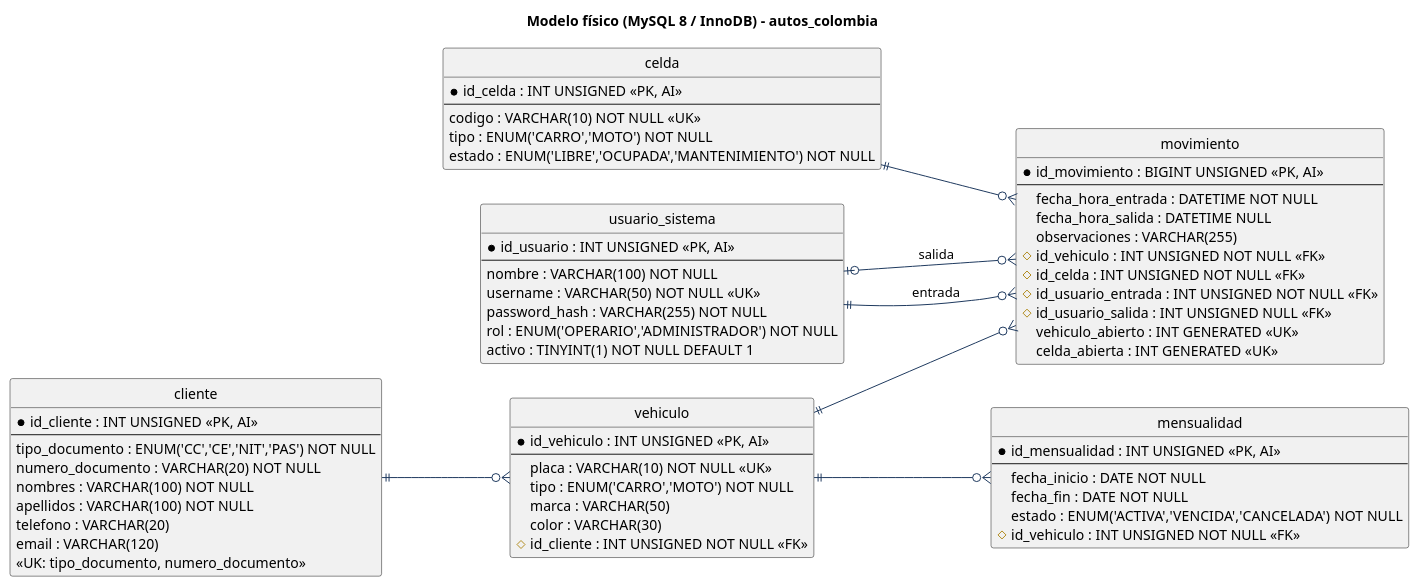
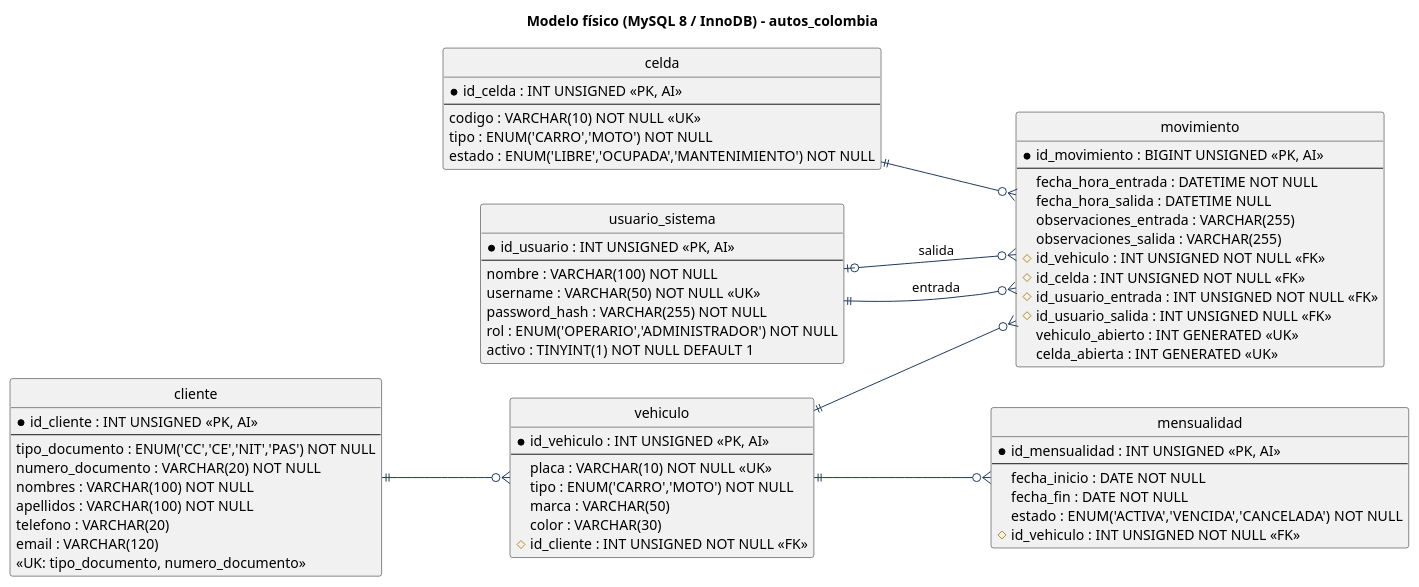
The diagram in diagrams/07_fisico.puml (Im-Luis-SS/autos-colombia), drawn with PlantUML before and after one commit. The commit also changed 18 other files, not shown here.

```diff
--- a/diagrams/07_fisico.puml
+++ b/diagrams/07_fisico.puml
@@ -1,82 +1,83 @@
 @startuml 07_fisico
 skinparam shadowing false
 skinparam defaultFontName Arial
 skinparam ArrowColor #1F3A5F
 hide circle
 skinparam entity {
   BackgroundColor #F4F7FB
   BorderColor #1F3A5F
 }
 title Modelo físico (MySQL 8 / InnoDB) - autos_colombia
 left to right direction
 
 entity "usuario_sistema" as usuario {
   * id_usuario : INT UNSIGNED <<PK, AI>>
   --
   nombre : VARCHAR(100) NOT NULL
   username : VARCHAR(50) NOT NULL <<UK>>
   password_hash : VARCHAR(255) NOT NULL
   rol : ENUM('OPERARIO','ADMINISTRADOR') NOT NULL
   activo : TINYINT(1) NOT NULL DEFAULT 1
 }
 
 entity "cliente" as cliente {
   * id_cliente : INT UNSIGNED <<PK, AI>>
   --
   tipo_documento : ENUM('CC','CE','NIT','PAS') NOT NULL
   numero_documento : VARCHAR(20) NOT NULL
   nombres : VARCHAR(100) NOT NULL
   apellidos : VARCHAR(100) NOT NULL
   telefono : VARCHAR(20)
   email : VARCHAR(120)
   <<UK: tipo_documento, numero_documento>>
 }
 
 entity "vehiculo" as vehiculo {
   * id_vehiculo : INT UNSIGNED <<PK, AI>>
   --
   placa : VARCHAR(10) NOT NULL <<UK>>
   tipo : ENUM('CARRO','MOTO') NOT NULL
   marca : VARCHAR(50)
   color : VARCHAR(30)
   # id_cliente : INT UNSIGNED NOT NULL <<FK>>
 }
 
 entity "mensualidad" as mensualidad {
   * id_mensualidad : INT UNSIGNED <<PK, AI>>
   --
   fecha_inicio : DATE NOT NULL
   fecha_fin : DATE NOT NULL
   estado : ENUM('ACTIVA','VENCIDA','CANCELADA') NOT NULL
   # id_vehiculo : INT UNSIGNED NOT NULL <<FK>>
 }
 
 entity "celda" as celda {
   * id_celda : INT UNSIGNED <<PK, AI>>
   --
   codigo : VARCHAR(10) NOT NULL <<UK>>
   tipo : ENUM('CARRO','MOTO') NOT NULL
   estado : ENUM('LIBRE','OCUPADA','MANTENIMIENTO') NOT NULL
 }
 
 entity "movimiento" as movimiento {
   * id_movimiento : BIGINT UNSIGNED <<PK, AI>>
   --
   fecha_hora_entrada : DATETIME NOT NULL
   fecha_hora_salida : DATETIME NULL
-  observaciones : VARCHAR(255)
+  observaciones_entrada : VARCHAR(255)
+  observaciones_salida : VARCHAR(255)
   # id_vehiculo : INT UNSIGNED NOT NULL <<FK>>
   # id_celda : INT UNSIGNED NOT NULL <<FK>>
   # id_usuario_entrada : INT UNSIGNED NOT NULL <<FK>>
   # id_usuario_salida : INT UNSIGNED NULL <<FK>>
   vehiculo_abierto : INT GENERATED <<UK>>
   celda_abierta : INT GENERATED <<UK>>
 }
 
 cliente ||--o{ vehiculo
 vehiculo ||--o{ mensualidad
 vehiculo ||--o{ movimiento
 celda ||--o{ movimiento
 usuario ||--o{ movimiento : entrada
 usuario |o--o{ movimiento : salida
 @enduml
```
